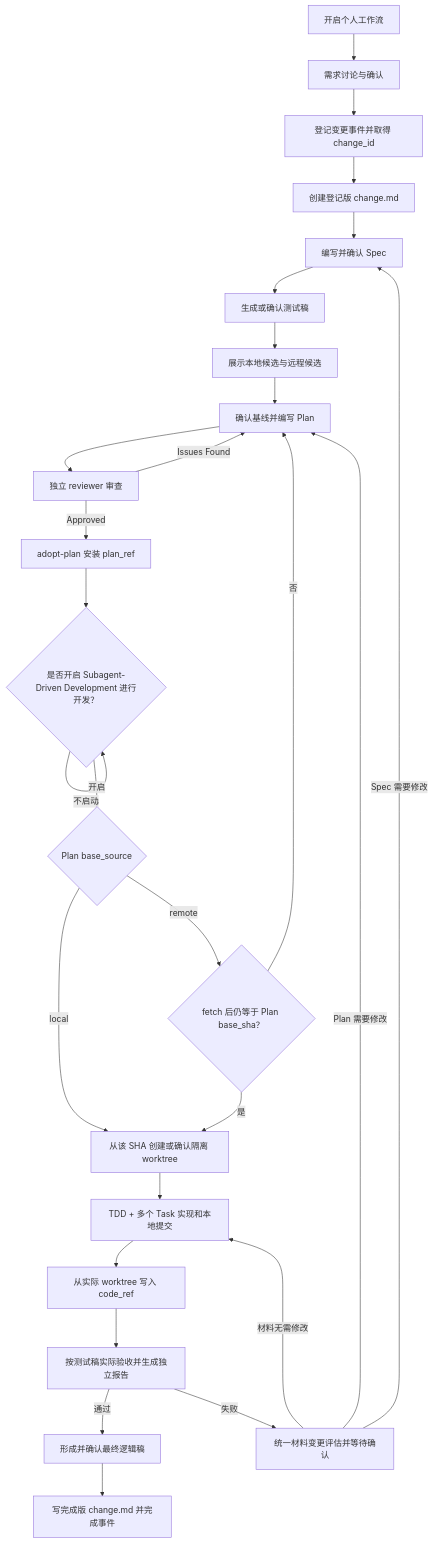
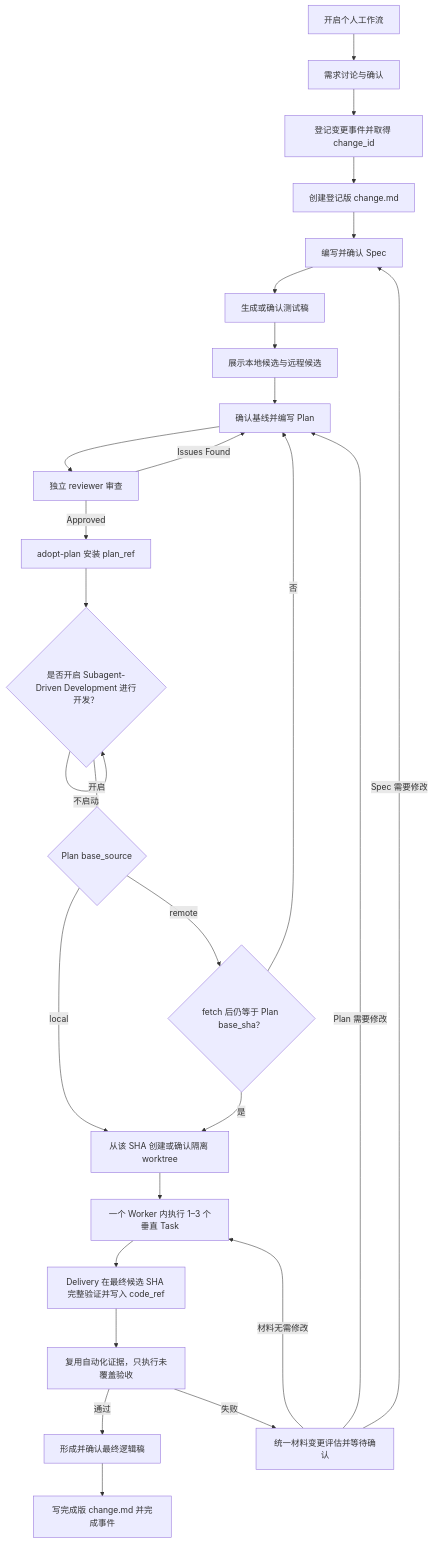
The diagram in README.md (TheoEquity/personal-development-workflow), drawn with Mermaid before and after one commit. The commit also changed other lines of this file and 40 other files, not shown here.

````diff
--- a/README.md
+++ b/README.md
@@ -20,29 +20,29 @@
 ```mermaid
 flowchart TD
     A["开启个人工作流"] --> B["需求讨论与确认"]
     B --> C["登记变更事件并取得 change_id"]
     C --> D["创建登记版 change.md"]
     D --> E["编写并确认 Spec"]
     E --> F["生成或确认测试稿"]
     F --> T["展示本地候选与远程候选"]
     T --> G["确认基线并编写 Plan"]
     G --> H["独立 reviewer 审查"]
     H -->|Issues Found| G
     H -->|Approved| I["adopt-plan 安装 plan_ref"]
     I --> J{"是否开启 Subagent-Driven Development 进行开发？"}
     J -->|开启| Q{"Plan base_source"}
     J -->|不启动| J
     Q -->|remote| R{"fetch 后仍等于 Plan base_sha？"}
     Q -->|local| K["验证精确本地 SHA 与干净 worktree"]
     R -->|否| G
     R -->|是| K["从该 SHA 创建或确认隔离 worktree"]
-    K --> L["TDD + 多个 Task 实现和本地提交"]
-    L --> M["从实际 worktree 写入 code_ref"]
-    M --> N["按测试稿实际验收并生成独立报告"]
+    K --> L["一个 Worker 内执行 1–3 个垂直 Task"]
+    L --> M["Delivery 在最终候选 SHA 完整验证并写入 code_ref"]
+    M --> N["复用自动化证据，只执行未覆盖验收"]
     N -->|通过| O["形成并确认最终逻辑稿"]
     O --> S["写完成版 change.md 并完成事件"]
     N -->|失败| P["统一材料变更评估并等待确认"]
     P -->|材料无需修改| L
     P -->|Plan 需要修改| G
     P -->|Spec 需要修改| E
 ```
````
